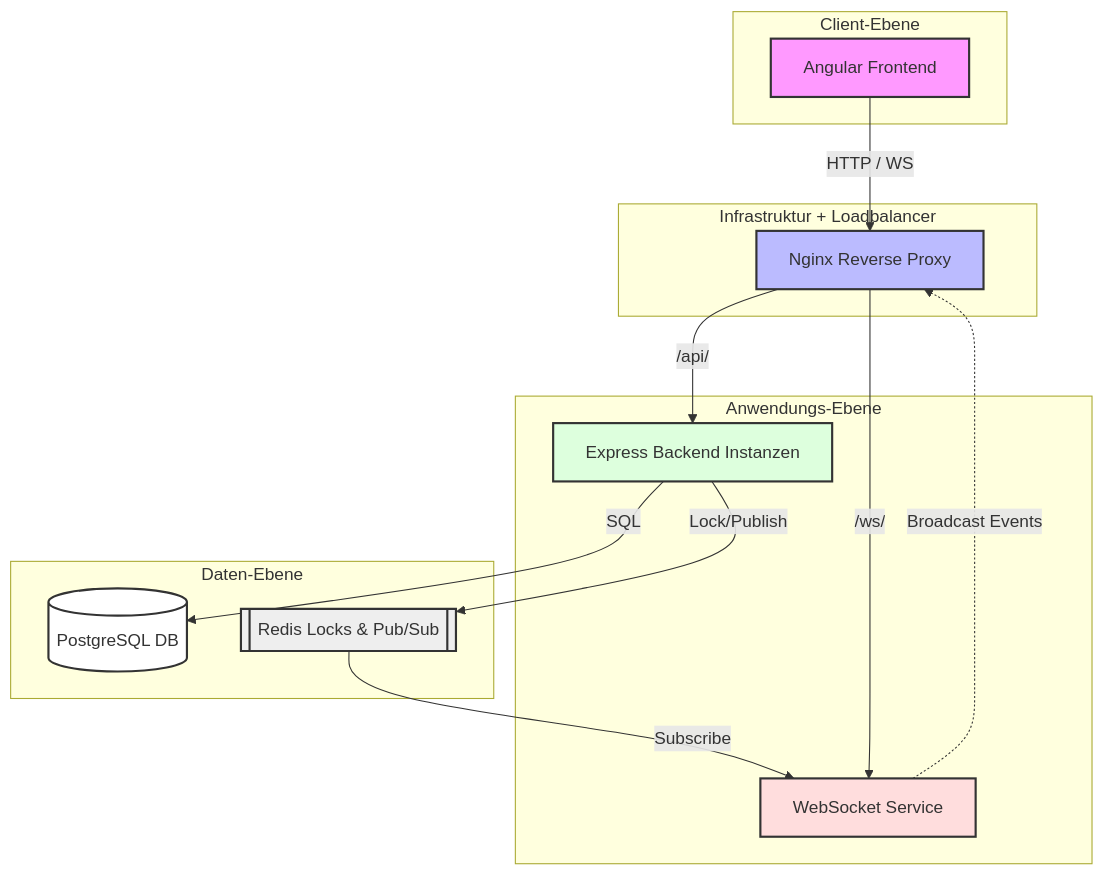
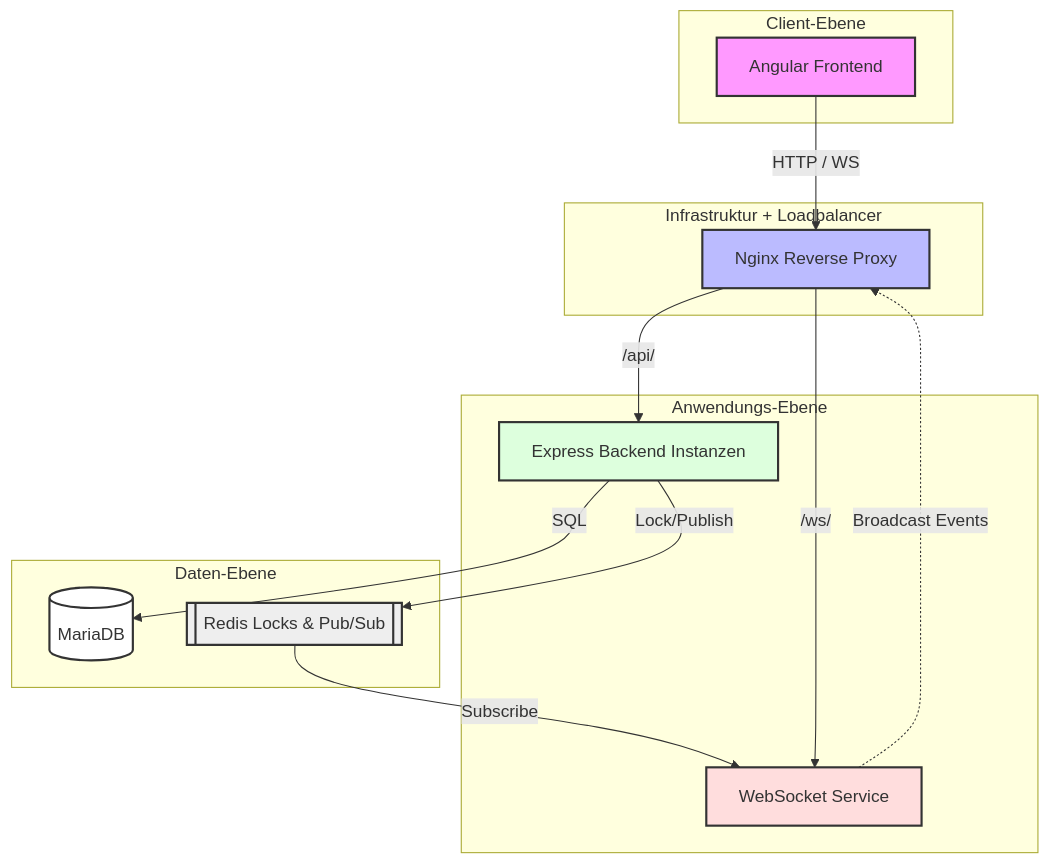
One commit to ChristianW12/verteilte-systeme-programm changed the diagram in Components.md. Above: the diagram before and after it, drawn with Mermaid.

Commit message:
fix(documentation): postgresql -> mariadb

````diff
--- a/Components.md
+++ b/Components.md
@@ -5,39 +5,39 @@
 ```mermaid
 flowchart TD
     subgraph Client ["Client-Ebene"]
         Frontend[Angular Frontend]
     end
 
     subgraph Proxy ["Infrastruktur + Loadbalancer"]
         Nginx[Nginx Reverse Proxy]
     end
 
     subgraph App ["Anwendungs-Ebene"]
         Backend[Express Backend Instanzen]
         WS[WebSocket Service]
     end
 
     subgraph Data ["Daten-Ebene"]
-        DB[(PostgreSQL DB)]
+        DB[(MariaDB)]
         Redis[[Redis Locks & Pub/Sub]]
     end
 
     %% Verbindungen
     Frontend -- "HTTP / WS" --> Nginx
     
     Nginx -- "/api/" --> Backend
     Nginx -- "/ws/" --> WS
 
     Backend -- "SQL" --> DB
     Backend -- "Lock/Publish" --> Redis
 
     Redis -- "Subscribe" --> WS
     WS -. "Broadcast Events" .-> Nginx
 
     style Frontend fill:#f9f,stroke:#333,stroke-width:2px
     style Nginx fill:#bbf,stroke:#333,stroke-width:2px
     style Backend fill:#dfd,stroke:#333,stroke-width:2px
     style WS fill:#fdd,stroke:#333,stroke-width:2px
     style DB fill:#fff,stroke:#333,stroke-width:2px
     style Redis fill:#eee,stroke:#333,stroke-width:2px
 ```
````
